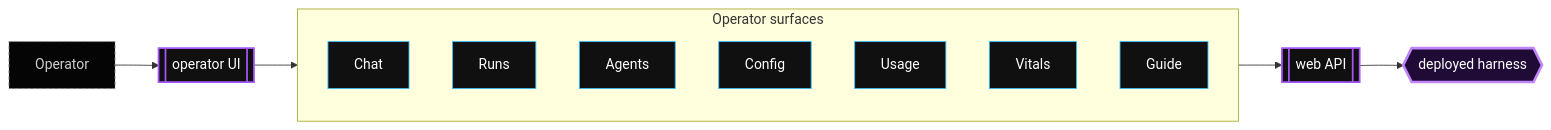
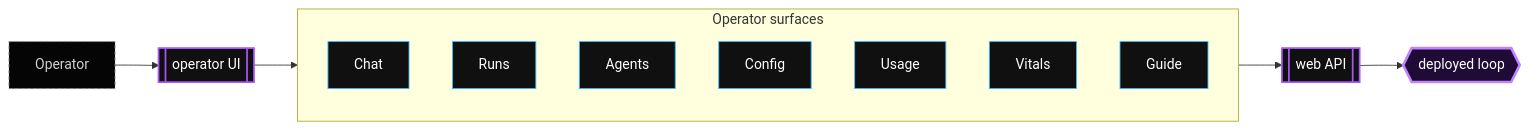
One commit to render-lab/render-agent-harness changed the diagram in docs-site/src/content/docs/operator-ui.mdx. Above: the diagram before and after it, drawn with Mermaid. The commit also changed other lines of this file and 44 other files, not shown here.

````diff
--- a/docs-site/src/content/docs/operator-ui.mdx
+++ b/docs-site/src/content/docs/operator-ui.mdx
@@ -8,32 +8,32 @@
 ```mermaid
 flowchart LR
   operator["Operator"]
   ui[["operator UI"]]
 
   subgraph tabs["Operator surfaces"]
     chat["Chat"]
     runs["Runs"]
     agents["Agents"]
     config["Config"]
     usage["Usage"]
     vitals["Vitals"]
     guide["Guide"]
   end
 
   api[["web API"]]
-  harness{{"deployed harness"}}
+  loop{{"deployed loop"}}
 
   operator --> ui
   ui --> tabs
   tabs --> api
-  api --> harness
+  api --> loop
 
   class operator role
   class ui,api surface
   class chat,runs,agents,config,usage,vitals,guide surfaceDetail
-  class harness central
+  class loop central
   classDef role fill:#050505,stroke:#8a8a8a,color:#d0d0d0,stroke-dasharray:4 3
   classDef surface fill:#101010,stroke:#a855f7,stroke-width:2px,color:#ffffff
   classDef surfaceDetail fill:#101010,stroke:#38bdf8,color:#ffffff
   classDef central fill:#1f0b35,stroke:#c084fc,stroke-width:3px,color:#ffffff
 ```
````
